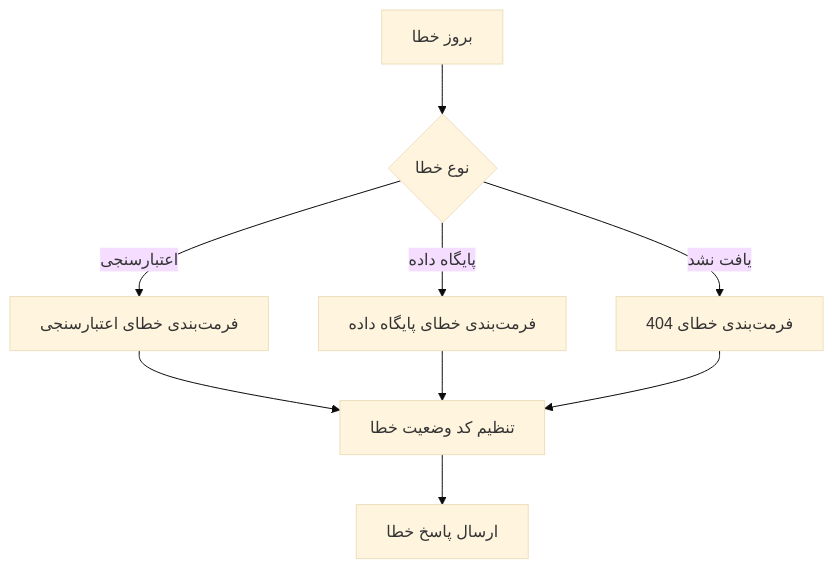
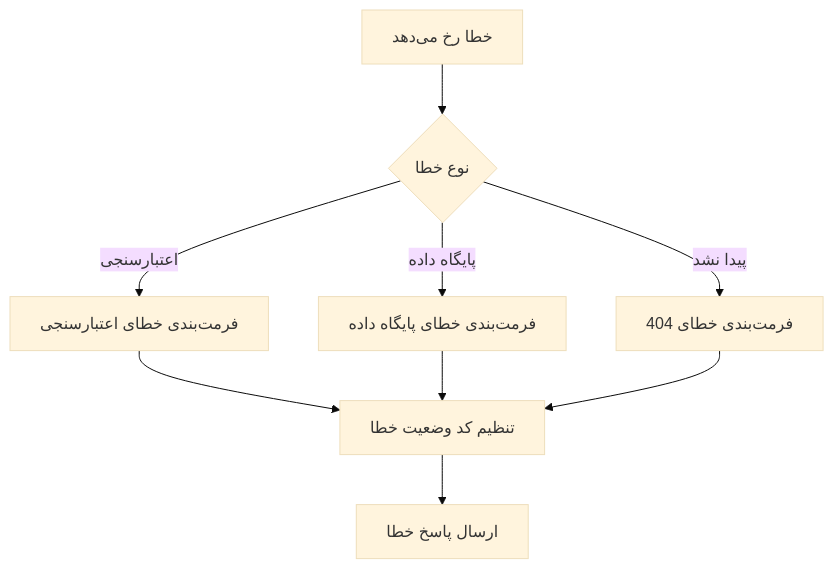
One commit to secure73/MicrosPy changed the third of 4 diagrams in DOCUMENTATION.fa.md. Above: the diagram before and after it, drawn with Mermaid (base theme). The commit also changed other lines of this file and 2 other files, not shown here.

````diff
--- a/DOCUMENTATION.fa.md
+++ b/DOCUMENTATION.fa.md
@@ -424,11 +574,11 @@
 ```mermaid
 graph TD
-    A[بروز خطا] --> B{نوع خطا}
+    A[خطا رخ می‌دهد] --> B{نوع خطا}
     B -->|اعتبارسنجی| C[فرمت‌بندی خطای اعتبارسنجی]
     B -->|پایگاه داده| D[فرمت‌بندی خطای پایگاه داده]
-    B -->|یافت نشد| E[فرمت‌بندی خطای 404]
+    B -->|پیدا نشد| E[فرمت‌بندی خطای 404]
     C --> F[تنظیم کد وضعیت خطا]
     D --> F
     E --> F
     F --> G[ارسال پاسخ خطا]
 ```
````
